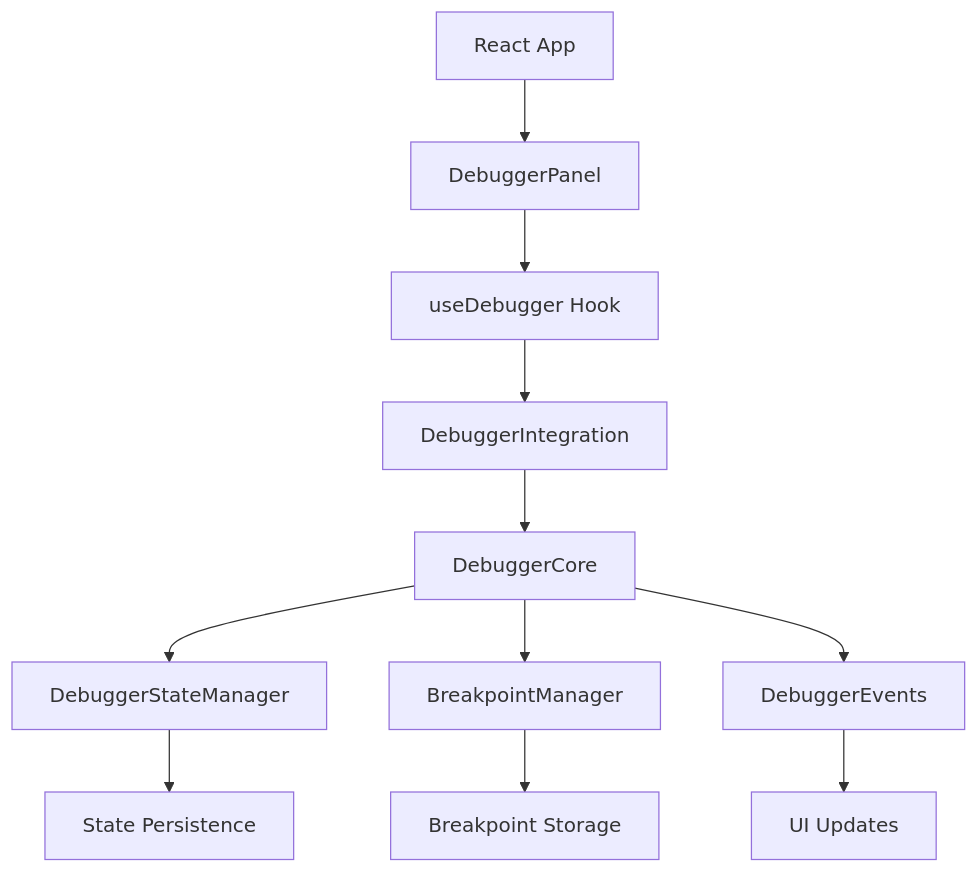
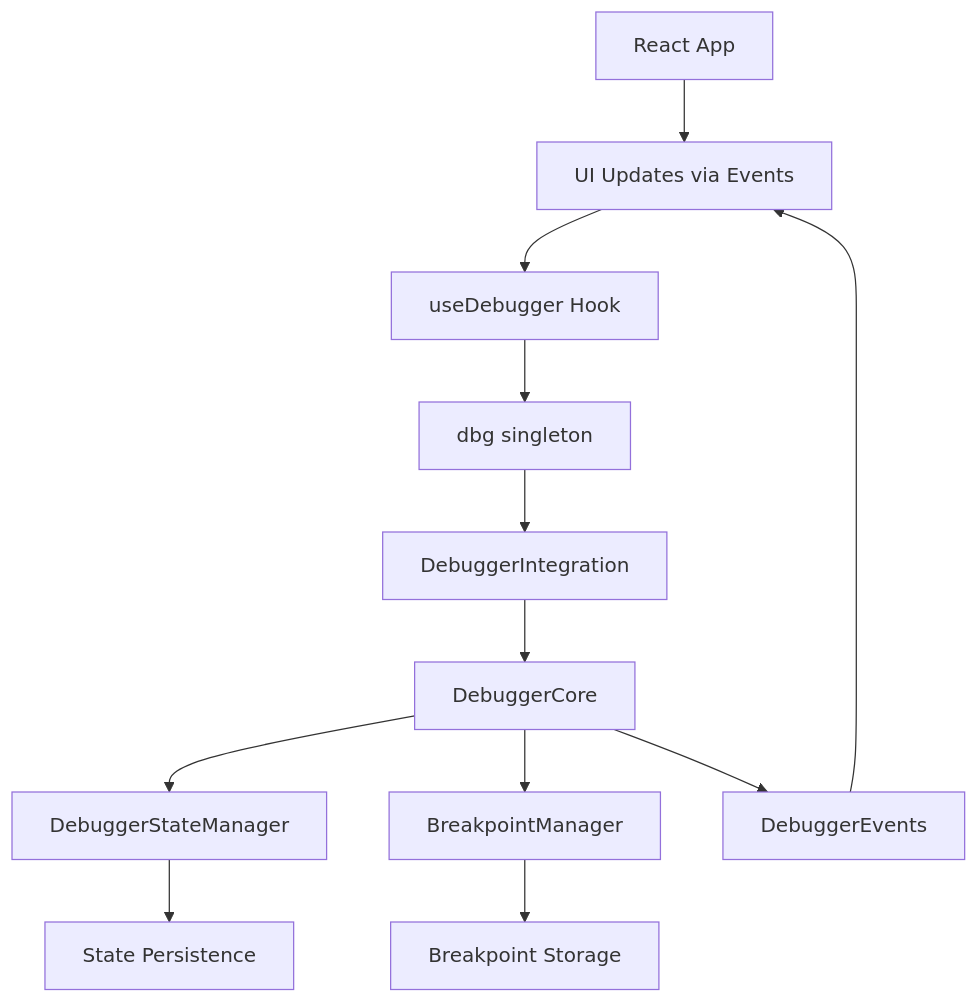
The first of 2 diagrams in DEBUGGER.md (kesava/nanobasic), drawn with Mermaid before and after one commit. The commit also changed other lines of this file and 4 other files, not shown here.

````diff
--- a/DEBUGGER.md
+++ b/DEBUGGER.md
@@ -100,13 +162,14 @@
 ```mermaid
 graph TD
     A[React App] --> B[DebuggerPanel]
     B --> C[useDebugger Hook]
-    C --> D[DebuggerIntegration]
-    D --> E[DebuggerCore]
-    E --> F[DebuggerStateManager]
-    E --> G[BreakpointManager]
-    E --> H[DebuggerEvents]
-    F --> I[State Persistence]
-    G --> J[Breakpoint Storage]
-    H --> K[UI Updates]
+    C --> D[dbg singleton]
+    D --> E[DebuggerIntegration]
+    E --> F[DebuggerCore]
+    F --> G[DebuggerStateManager]
+    F --> H[BreakpointManager]
+    F --> I[DebuggerEvents]
+    G --> J[State Persistence]
+    H --> K[Breakpoint Storage]
+    I --> B[UI Updates via Events]
 ```
````
